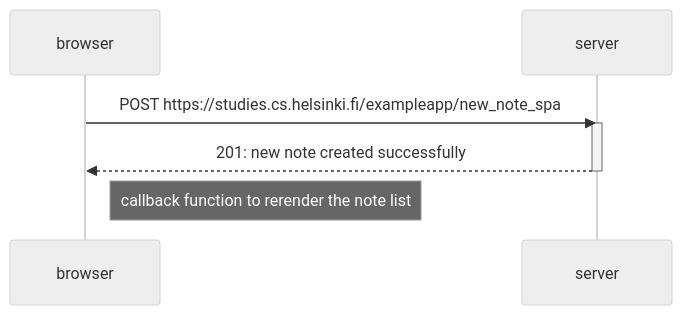
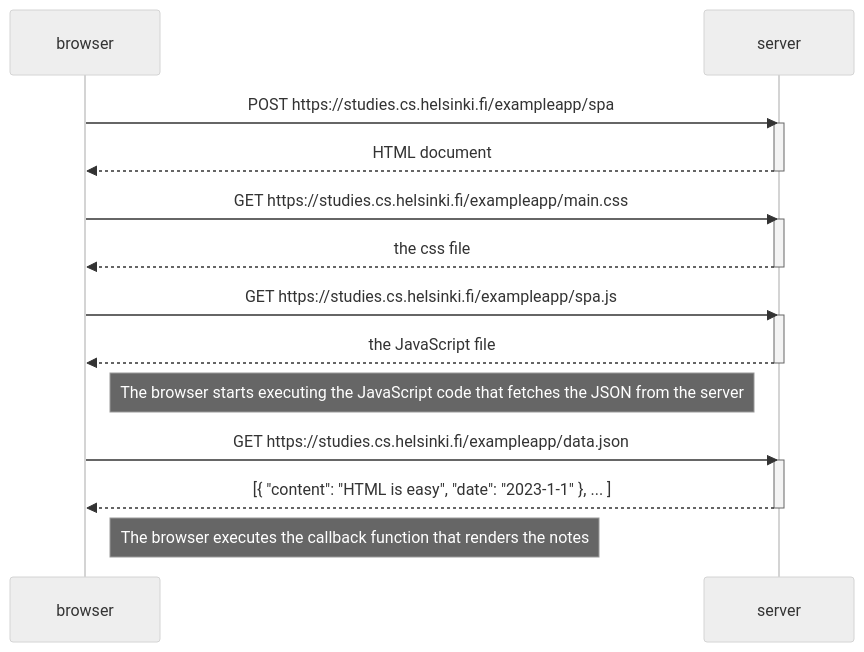
The diagram in part0/05.md (robo27918/webDev-openCourse), drawn with Mermaid (neutral theme) before and after one commit. The commit also changed 1 other file, not shown here.

Commit message:
exercises completed

````diff
--- a/part0/05.md
+++ b/part0/05.md
@@ -1,12 +1,31 @@
 ```mermaid
 sequenceDiagram
     participant browser
     participant server
 
-    browser->>server: POST https://studies.cs.helsinki.fi/exampleapp/new_note_spa 
+ 
+
+    browser->>server: POST https://studies.cs.helsinki.fi/exampleapp/spa 
     activate server
-    server-->>browser:201: new note created successfully
+    server-->>browser:HTML document
     deactivate server
-   
-    Note right of browser: callback function to rerender the note list
+
+    browser->>server: GET https://studies.cs.helsinki.fi/exampleapp/main.css
+    activate server
+    server-->>browser: the css file
+    deactivate server
+
+    browser->>server: GET https://studies.cs.helsinki.fi/exampleapp/spa.js
+    activate server
+    server-->>browser: the JavaScript file
+    deactivate server
+
+    Note right of browser: The browser starts executing the JavaScript code that fetches the JSON from the server
+
+    browser->>server: GET https://studies.cs.helsinki.fi/exampleapp/data.json
+    activate server
+    server-->>browser: [{ "content": "HTML is easy", "date": "2023-1-1" }, ... ]
+    deactivate server
+
+    Note right of browser: The browser executes the callback function that renders the notes
 ```
````
